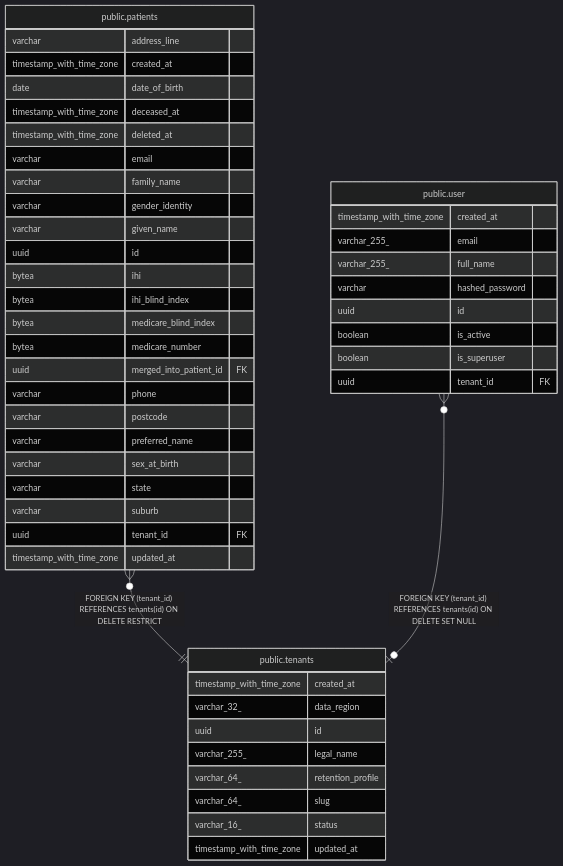
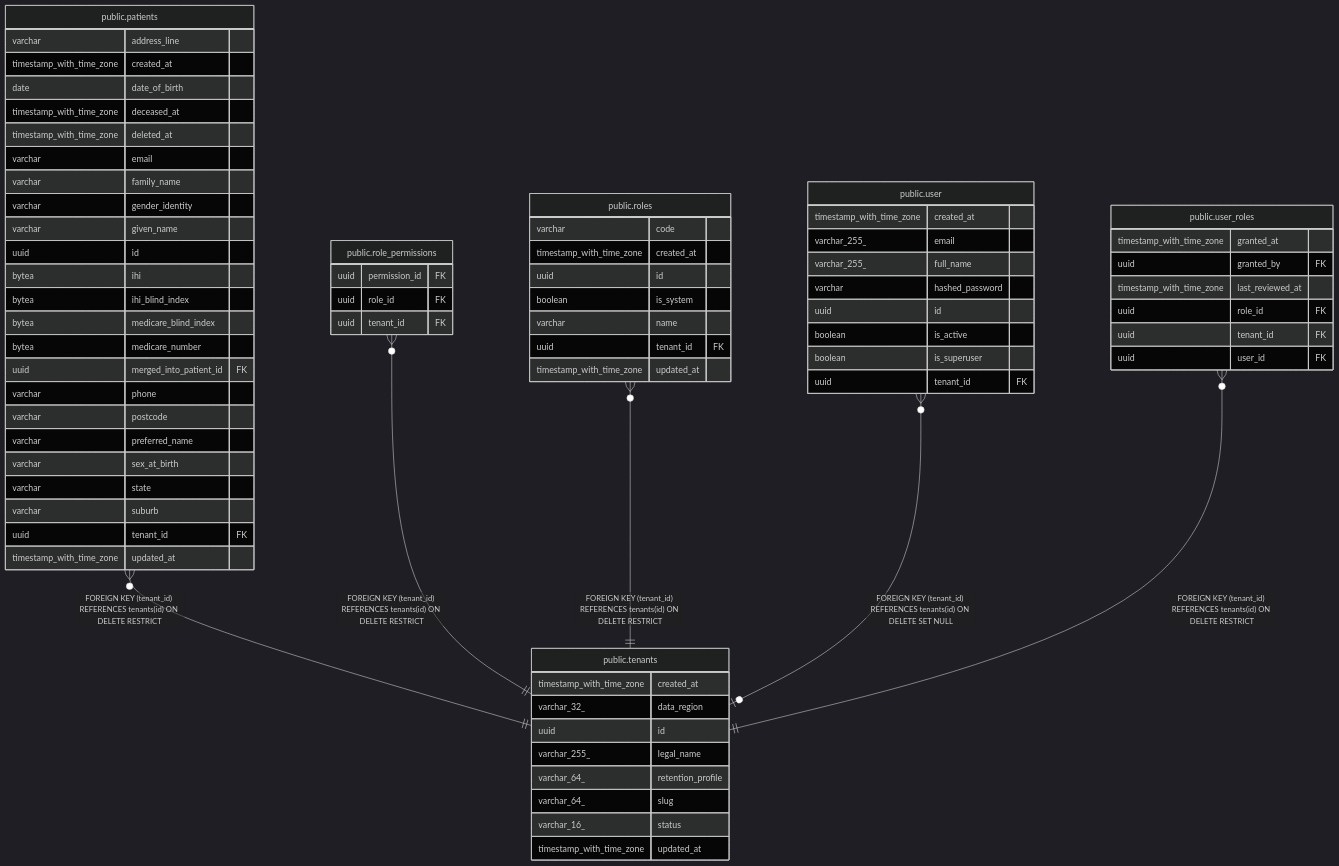
One commit to irajput215/clinic-os changed the diagram in docs/reference/schema/public.tenants.md. Above: the diagram before and after it, drawn with Mermaid (dark theme). The commit also changed other lines of this file and 6 other files, not shown here.

First line of the commit message:
docs(schema): regenerate the diagrams for the RBAC tables

````diff
--- a/docs/reference/schema/public.tenants.md
+++ b/docs/reference/schema/public.tenants.md
@@ -41,52 +41,77 @@
 ```mermaid
 erDiagram
 
 "public.patients" }o--|| "public.tenants" : "FOREIGN KEY (tenant_id) REFERENCES tenants(id) ON DELETE RESTRICT"
+"public.role_permissions" }o--|| "public.tenants" : "FOREIGN KEY (tenant_id) REFERENCES tenants(id) ON DELETE RESTRICT"
+"public.roles" }o--|| "public.tenants" : "FOREIGN KEY (tenant_id) REFERENCES tenants(id) ON DELETE RESTRICT"
 "public.user" }o--o| "public.tenants" : "FOREIGN KEY (tenant_id) REFERENCES tenants(id) ON DELETE SET NULL"
+"public.user_roles" }o--|| "public.tenants" : "FOREIGN KEY (tenant_id) REFERENCES tenants(id) ON DELETE RESTRICT"
 
 "public.tenants" {
   timestamp_with_time_zone created_at
   varchar_32_ data_region
   uuid id
   varchar_255_ legal_name
   varchar_64_ retention_profile
   varchar_64_ slug
   varchar_16_ status
   timestamp_with_time_zone updated_at
 }
 "public.patients" {
   varchar address_line
   timestamp_with_time_zone created_at
   date date_of_birth
   timestamp_with_time_zone deceased_at
   timestamp_with_time_zone deleted_at
   varchar email
   varchar family_name
   varchar gender_identity
   varchar given_name
   uuid id
   bytea ihi
   bytea ihi_blind_index
   bytea medicare_blind_index
   bytea medicare_number
   uuid merged_into_patient_id FK
   varchar phone
   varchar postcode
   varchar preferred_name
   varchar sex_at_birth
   varchar state
   varchar suburb
   uuid tenant_id FK
   timestamp_with_time_zone updated_at
 }
+"public.role_permissions" {
+  uuid permission_id FK
+  uuid role_id FK
+  uuid tenant_id FK
+}
+"public.roles" {
+  varchar code
+  timestamp_with_time_zone created_at
+  uuid id
+  boolean is_system
+  varchar name
+  uuid tenant_id FK
+  timestamp_with_time_zone updated_at
+}
 "public.user" {
   timestamp_with_time_zone created_at
   varchar_255_ email
   varchar_255_ full_name
   varchar hashed_password
   uuid id
   boolean is_active
   boolean is_superuser
   uuid tenant_id FK
 }
+"public.user_roles" {
+  timestamp_with_time_zone granted_at
+  uuid granted_by FK
+  timestamp_with_time_zone last_reviewed_at
+  uuid role_id FK
+  uuid tenant_id FK
+  uuid user_id FK
+}
 ```
````
